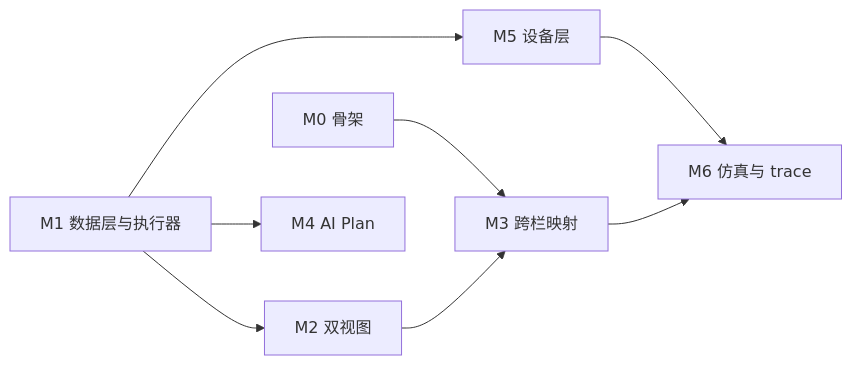
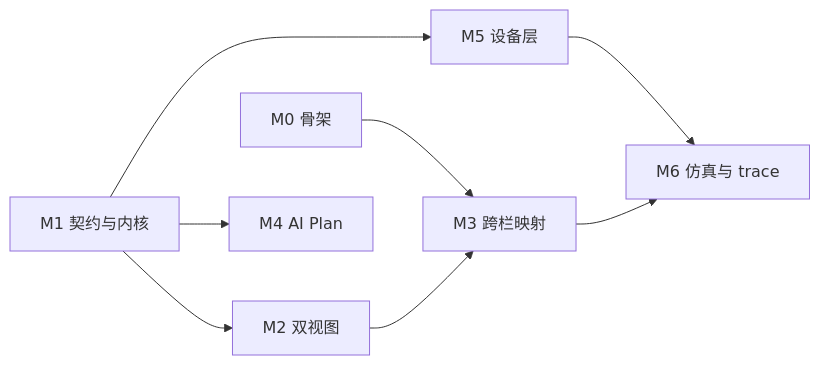
One commit to zhaoyilun/code-canvas changed the diagram in docs/plan.md. Above: the diagram before and after it, drawn with Mermaid. The commit also changed other lines of this file and 2 other files, not shown here.

````diff
--- a/docs/plan.md
+++ b/docs/plan.md
@@ -28,10 +58,10 @@
 ```mermaid
 flowchart LR
   M0["M0 骨架"] --> M3["M3 跨栏映射"]
-  M1["M1 数据层与执行器"] --> M2["M2 双视图"]
+  M1["M1 契约与内核"] --> M2["M2 双视图"]
   M2 --> M3
   M1 --> M4["M4 AI Plan"]
   M1 --> M5["M5 设备层"]
   M5 --> M6["M6 仿真与 trace"]
   M3 --> M6
 ```
````
